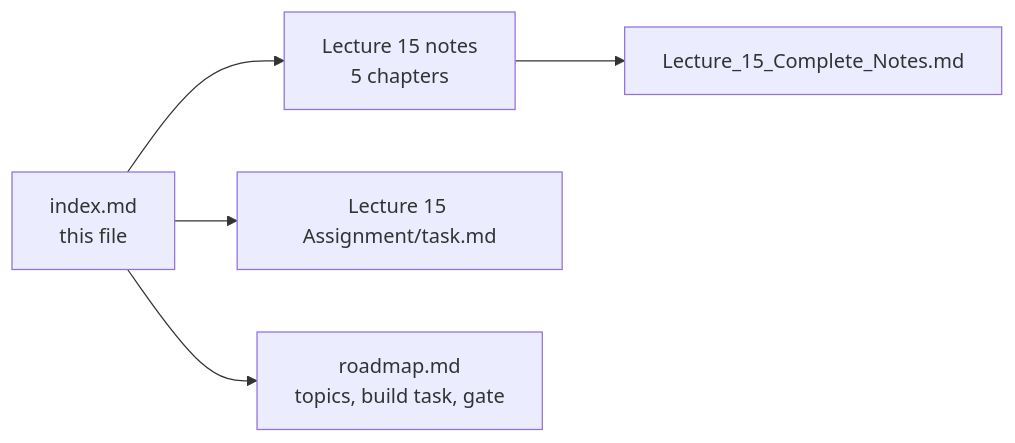
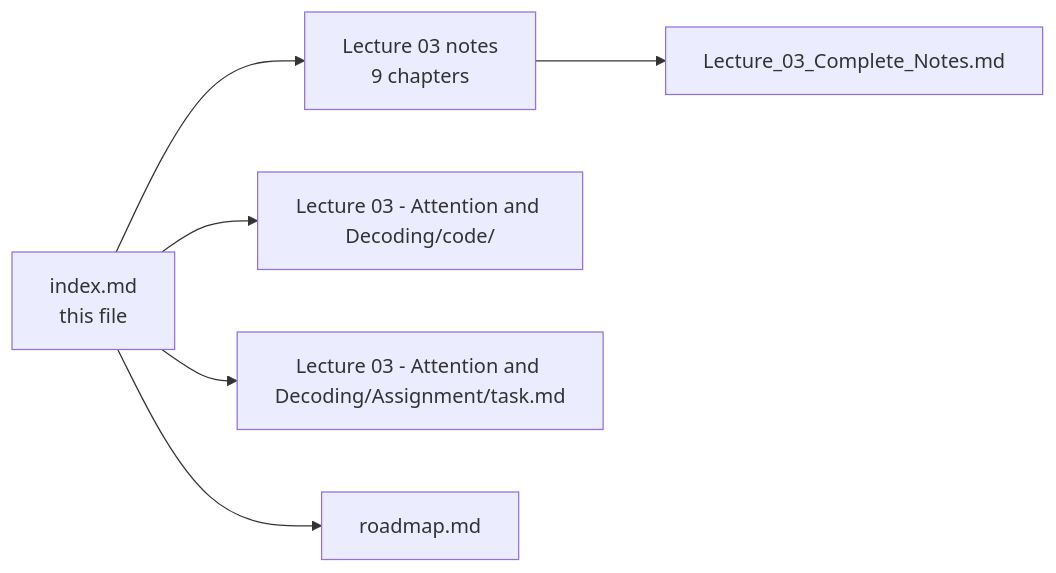
One commit to Amie-dev/FDE-and-GenAI-Mastery changed the third of 24 diagrams in index.md. Above: the diagram before and after it, drawn with Mermaid. The commit also changed other lines of this file, not shown here.

Commit message:
Implement code changes to enhance functionality and improve performance

````diff
--- a/index.md
+++ b/index.md
@@ -132,7 +152,8 @@
 ```mermaid
 flowchart LR
-    IDX["index.md<br/>this file"] --> L15["Lecture 15 notes<br/>5 chapters"]
-    L15 --> CN["Lecture_15_Complete_Notes.md"]
-    IDX --> ASG["Lecture 15 Assignment/task.md"]
-    IDX --> RM["roadmap.md<br/>topics, build task, gate"]
+    IDX["index.md<br/>this file"] --> L03["Lecture 03 notes<br/>9 chapters"]
+    L03 --> CN["Lecture_03_Complete_Notes.md"]
+    IDX --> CODE["Lecture 03 - Attention and Decoding/code/"]
+    IDX --> ASG["Lecture 03 - Attention and Decoding/Assignment/task.md"]
+    IDX --> RM["roadmap.md"]
 ```
````
